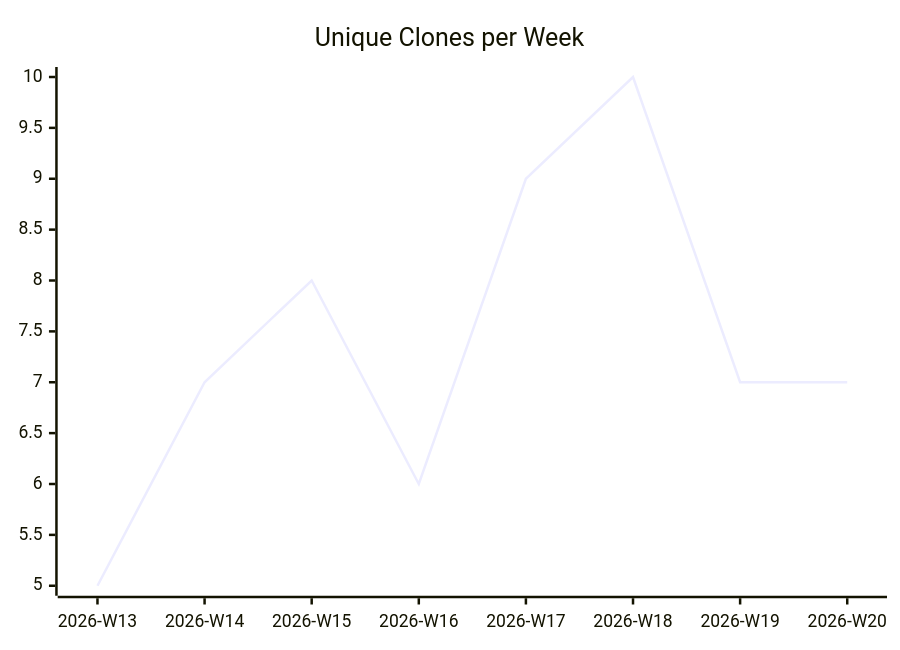
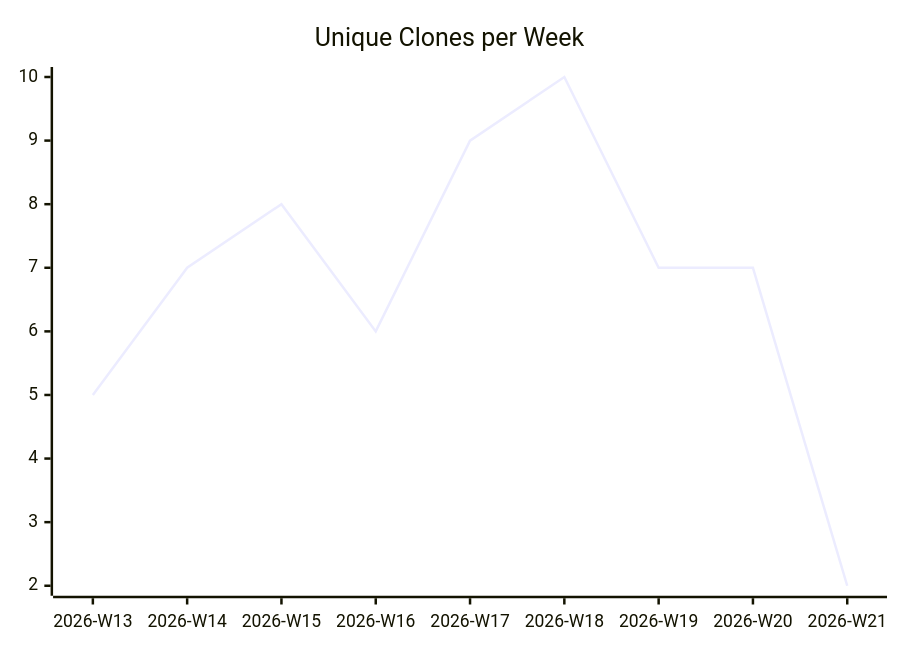
One commit to justdavis-family/github-analytics-data changed the third of 3 diagrams in karlmdavis/ansible-role-jenkins2/README.md. Above: the diagram before and after it, drawn with Mermaid. The commit also changed other lines of this file and 189 other files, not shown here.

````diff
--- a/karlmdavis/ansible-role-jenkins2/README.md
+++ b/karlmdavis/ansible-role-jenkins2/README.md
@@ -19,6 +19,6 @@
 ```mermaid
 xychart-beta
   title "Unique Clones per Week"
-  x-axis ["2026-W13", "2026-W14", "2026-W15", "2026-W16", "2026-W17", "2026-W18", "2026-W19", "2026-W20"]
-  line [5, 7, 8, 6, 9, 10, 7, 7]
+  x-axis ["2026-W13", "2026-W14", "2026-W15", "2026-W16", "2026-W17", "2026-W18", "2026-W19", "2026-W20", "2026-W21"]
+  line [5, 7, 8, 6, 9, 10, 7, 7, 2]
 ```
````
